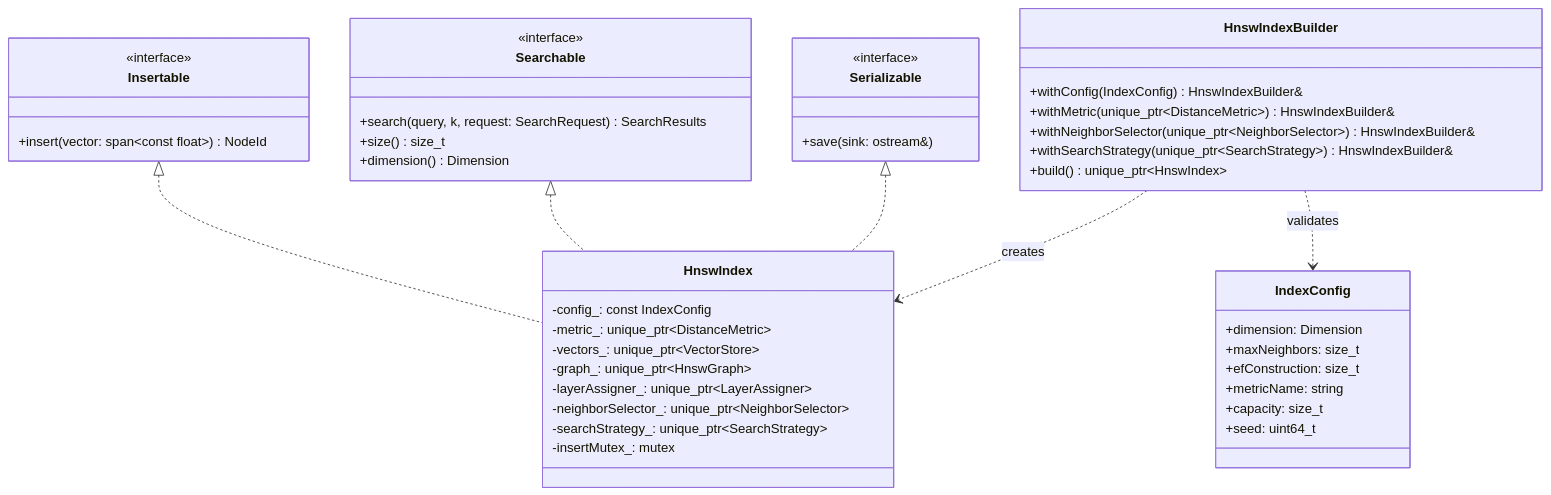
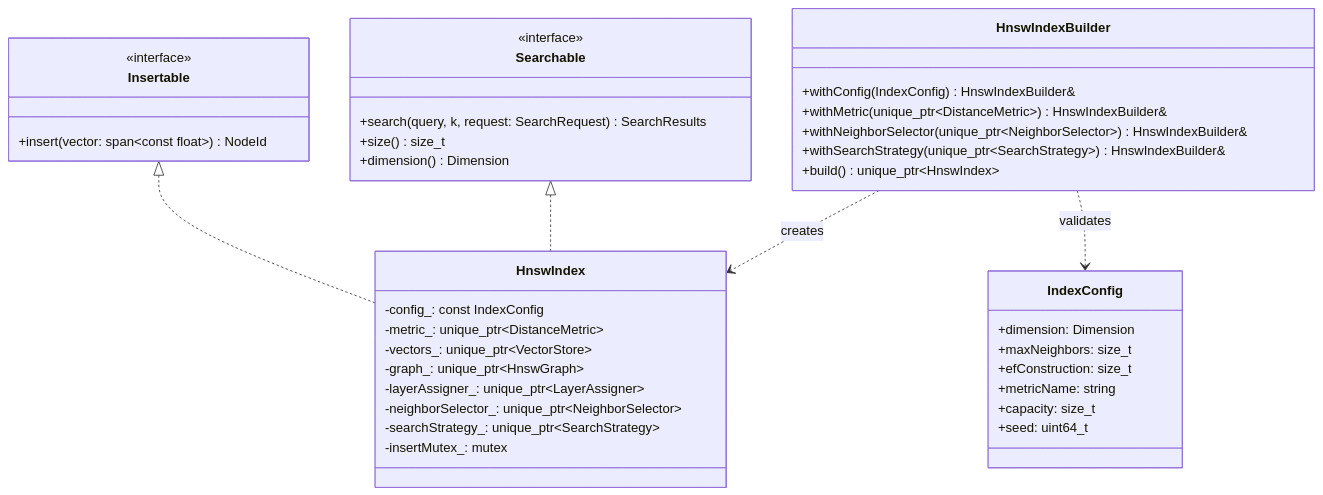
One commit to imDharaneesh/hopfilter-ann changed the sixth of 13 diagrams in docs/design.md. Above: the diagram before and after it, drawn with Mermaid. The commit also changed other lines of this file and 1 other file, not shown here.

````diff
--- a/docs/design.md
+++ b/docs/design.md
@@ -258,47 +267,42 @@
 ```mermaid
 classDiagram
     class Insertable {
         <<interface>>
         +insert(vector: span~const float~) NodeId
     }
     class Searchable {
         <<interface>>
         +search(query, k, request: SearchRequest) SearchResults
         +size() size_t
         +dimension() Dimension
-    }
-    class Serializable {
-        <<interface>>
-        +save(sink: ostream&)
     }
     class IndexConfig {
         +dimension: Dimension
         +maxNeighbors: size_t
         +efConstruction: size_t
         +metricName: string
         +capacity: size_t
         +seed: uint64_t
     }
     class HnswIndexBuilder {
         +withConfig(IndexConfig) HnswIndexBuilder&
         +withMetric(unique_ptr~DistanceMetric~) HnswIndexBuilder&
         +withNeighborSelector(unique_ptr~NeighborSelector~) HnswIndexBuilder&
         +withSearchStrategy(unique_ptr~SearchStrategy~) HnswIndexBuilder&
         +build() unique_ptr~HnswIndex~
     }
     class HnswIndex {
         -config_: const IndexConfig
         -metric_: unique_ptr~DistanceMetric~
         -vectors_: unique_ptr~VectorStore~
         -graph_: unique_ptr~HnswGraph~
         -layerAssigner_: unique_ptr~LayerAssigner~
         -neighborSelector_: unique_ptr~NeighborSelector~
         -searchStrategy_: unique_ptr~SearchStrategy~
         -insertMutex_: mutex
     }
     Insertable <|.. HnswIndex
     Searchable <|.. HnswIndex
-    Serializable <|.. HnswIndex
     HnswIndexBuilder ..> IndexConfig : validates
     HnswIndexBuilder ..> HnswIndex : creates
 ```
````
